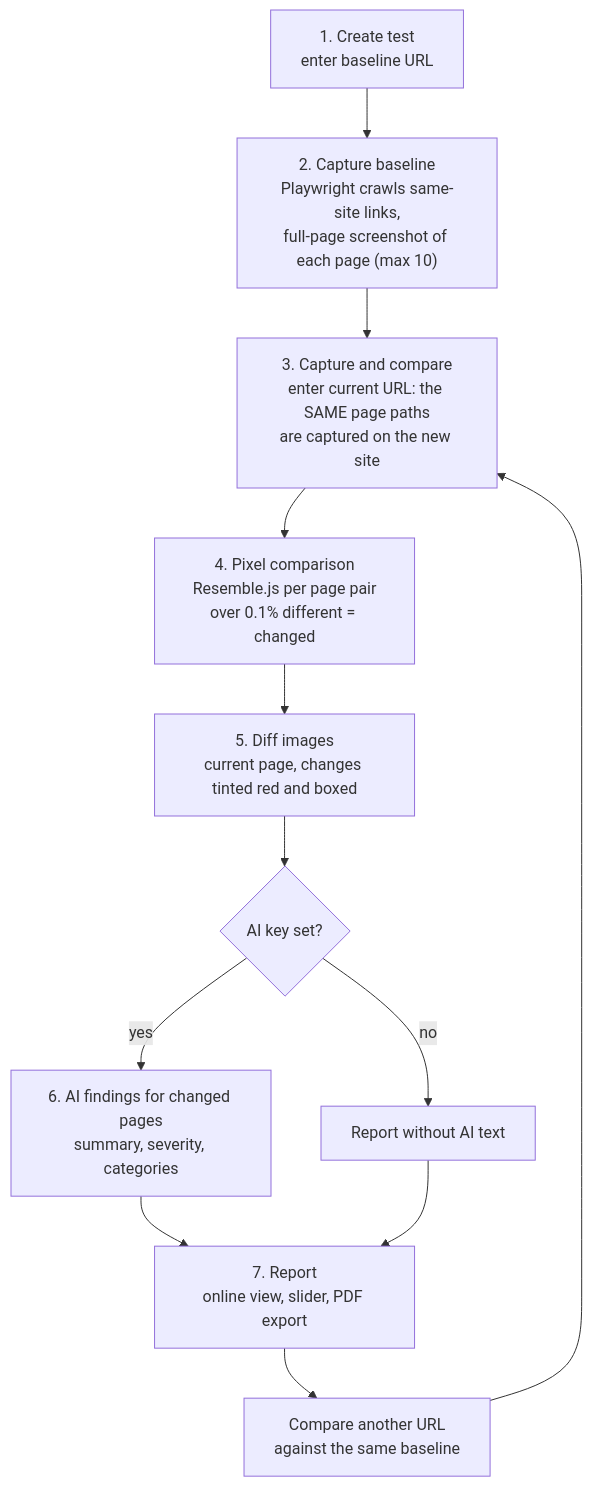
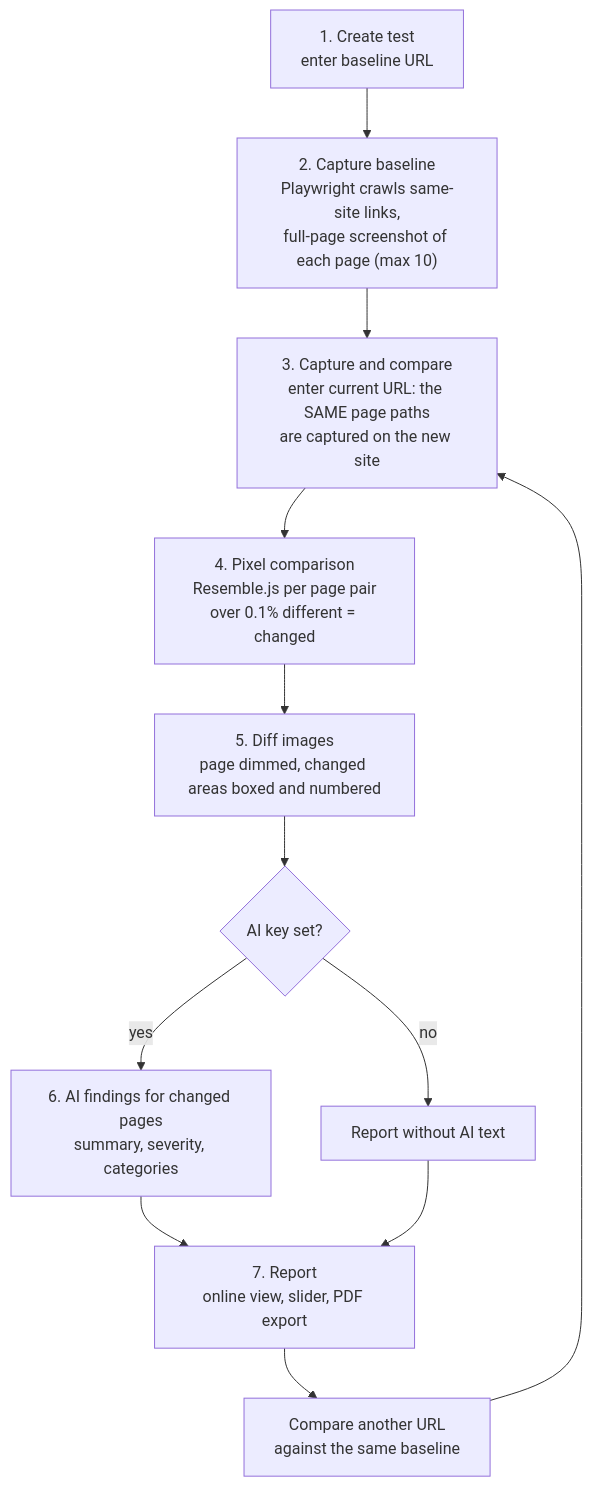
One commit to SayantanXBTC/VisuGuard changed the second of 2 diagrams in README.md. Above: the diagram before and after it, drawn with Mermaid. The commit also changed other lines of this file and 10 other files, not shown here.

````diff
--- a/README.md
+++ b/README.md
@@ -68,14 +68,14 @@
 ```mermaid
 flowchart TD
     A["1. Create test<br/>enter baseline URL"] --> B["2. Capture baseline<br/>Playwright crawls same-site links,<br/>full-page screenshot of each page (max 10)"]
     B --> C["3. Capture and compare<br/>enter current URL: the SAME page paths<br/>are captured on the new site"]
     C --> D["4. Pixel comparison<br/>Resemble.js per page pair<br/>over 0.1% different = changed"]
-    D --> E["5. Diff images<br/>current page, changes tinted red and boxed"]
+    D --> E["5. Diff images<br/>page dimmed, changed areas boxed and numbered"]
     E --> F{"AI key set?"}
     F -- yes --> G["6. AI findings for changed pages<br/>summary, severity, categories"]
     F -- no --> H["Report without AI text"]
     G --> I["7. Report<br/>online view, slider, PDF export"]
     H --> I
     I --> J["Compare another URL<br/>against the same baseline"]
     J --> C
 ```
````
